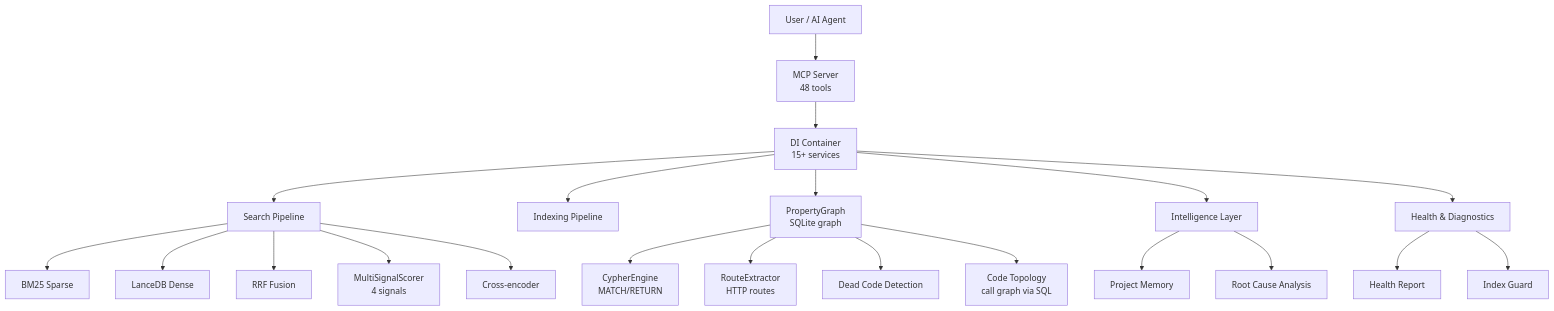
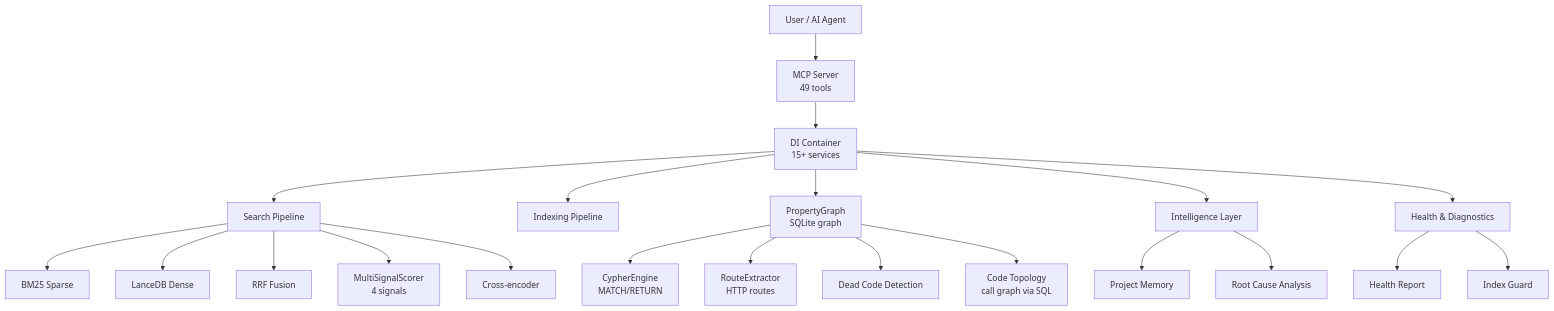
One commit to ManSio/mscodebase-intelligence changed the first of 8 diagrams in docs/zh/ARCHITECTURE_DEEP.md. Above: the diagram before and after it, drawn with Mermaid. The commit also changed other lines of this file and 40 other files, not shown here.

````diff
--- a/docs/zh/ARCHITECTURE_DEEP.md
+++ b/docs/zh/ARCHITECTURE_DEEP.md
@@ -7,27 +7,27 @@
 ```mermaid
 flowchart TD
-    User[User / AI Agent] --> MCP[MCP Server\n48 tools]
+    User[User / AI Agent] --> MCP[MCP Server\n49 tools]
     MCP --> DI[DI Container\n15+ services]
     DI --> Search[Search Pipeline]
     DI --> Index[Indexing Pipeline]
     DI --> Graph[PropertyGraph\nSQLite graph]
     DI --> Intel[Intelligence Layer]
     DI --> Health[Health & Diagnostics]
     
     Search --> BM25[BM25 Sparse]
     Search --> Dense[LanceDB Dense]
     Search --> RRF[RRF Fusion]
     Search --> MultiSig[MultiSignalScorer\n4 signals]
     Search --> Rerank[Cross-encoder]
     
     Graph --> Cypher[CypherEngine\nMATCH/RETURN]
     Graph --> Route[RouteExtractor\nHTTP routes]
     Graph --> Dead[Dead Code Detection]
     Graph --> Topology[Code Topology\ncall graph via SQL]
     
     Intel --> Memory[Project Memory]
     Intel --> RCA[Root Cause Analysis]
     
     Health --> Report[Health Report]
     Health --> Guard[Index Guard]
 ```
````
